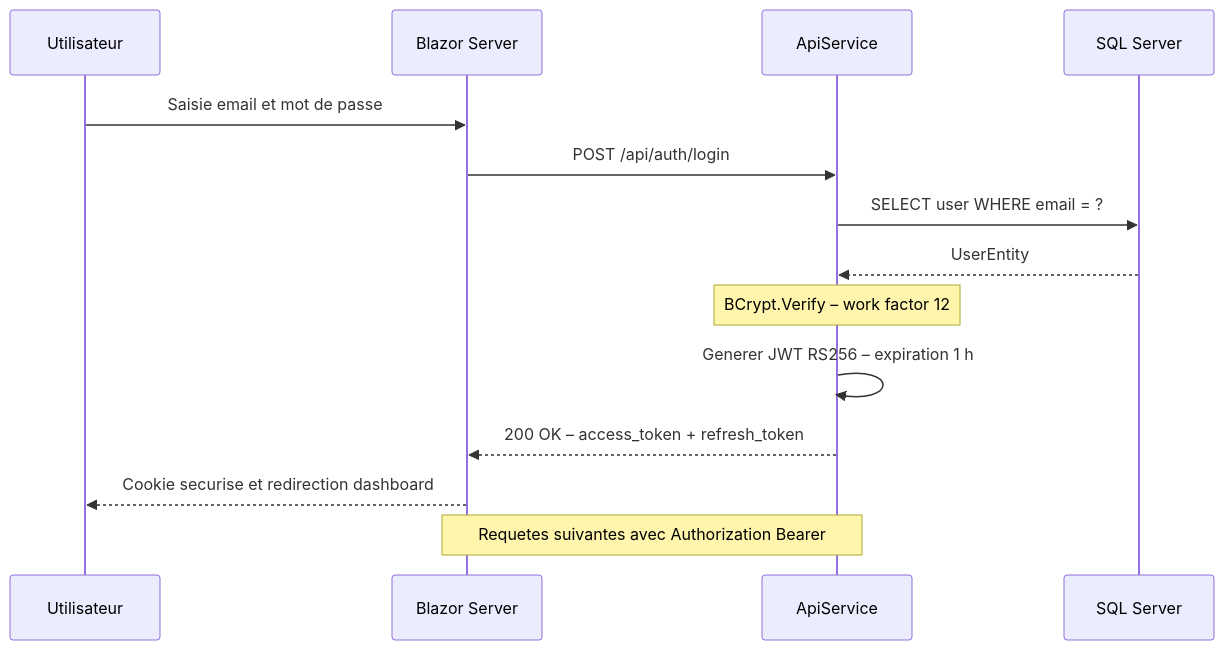
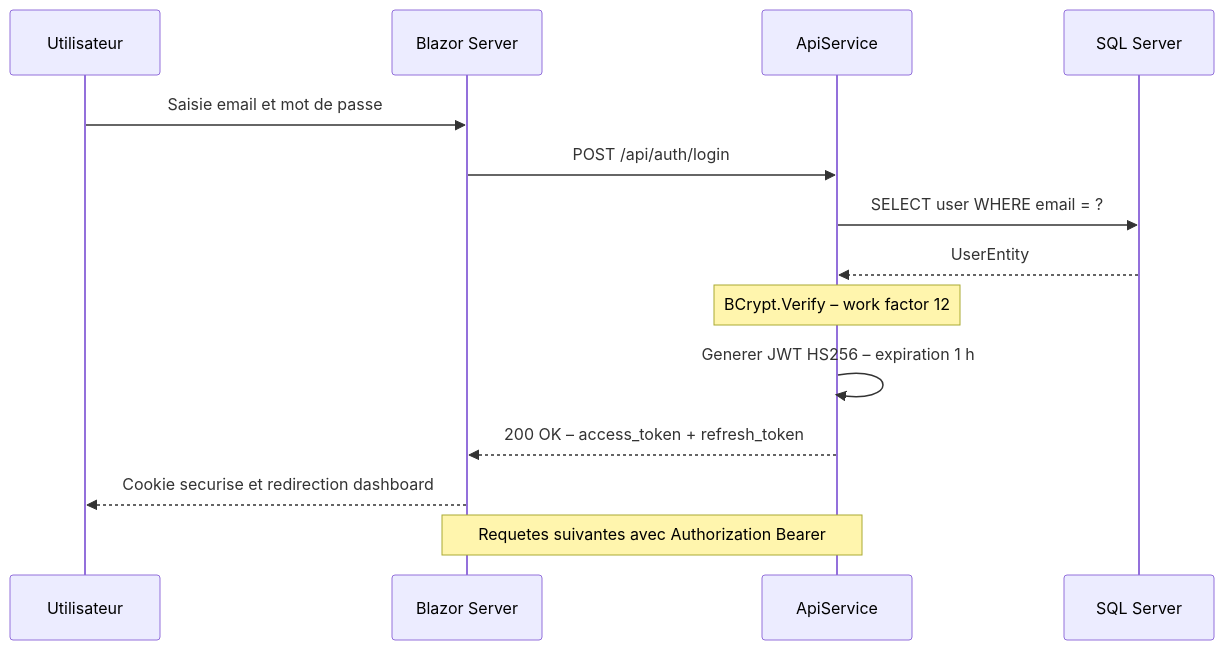
One commit to Tomtoxi44/Chronique_Des_Mondes changed the third of 6 diagrams in dossier-bloc2.md. Above: the diagram before and after it, drawn with Mermaid. The commit also changed other lines of this file, not shown here.

````diff
--- a/dossier-bloc2.md
+++ b/dossier-bloc2.md
@@ -369,17 +370,17 @@
 ```mermaid
 sequenceDiagram
     participant U as Utilisateur
     participant W as Blazor Server
     participant A as ApiService
     participant DB as SQL Server
 
     U->>W: Saisie email et mot de passe
     W->>A: POST /api/auth/login
     A->>DB: SELECT user WHERE email = ?
     DB-->>A: UserEntity
     Note over A: BCrypt.Verify – work factor 12
-    A->>A: Generer JWT RS256 – expiration 1 h
+    A->>A: Generer JWT HS256 – expiration 1 h
     A-->>W: 200 OK – access_token + refresh_token
     W-->>U: Cookie securise et redirection dashboard
     Note over W,A: Requetes suivantes avec Authorization Bearer
 ```
````
